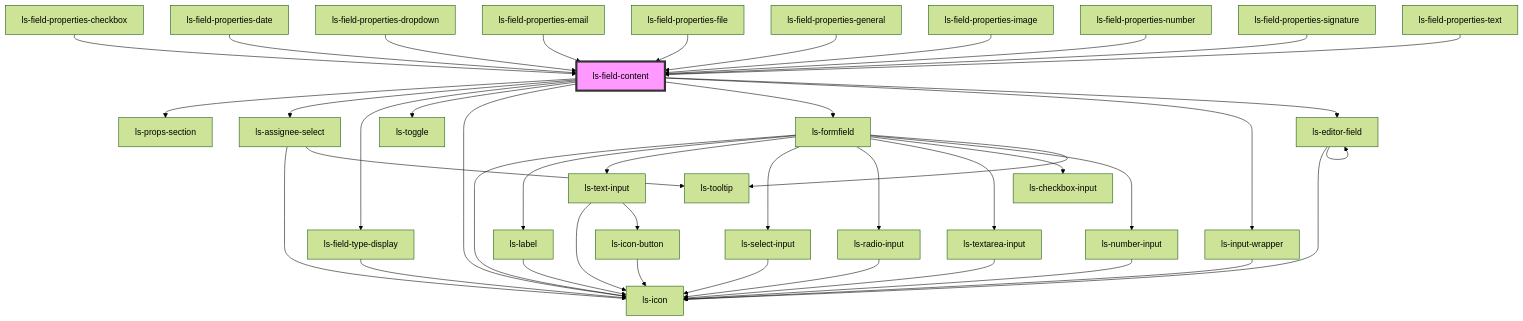
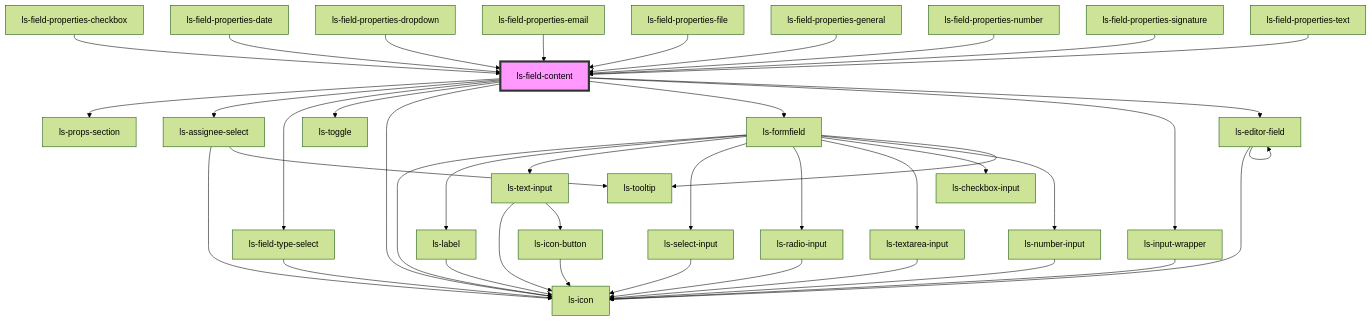
One commit to legalesign/ls-document-viewer changed the diagram in src/components/ls-field-content/readme.md. Above: the diagram before and after it, drawn with Mermaid (forest theme). The commit also changed other lines of this file and 30 other files, not shown here.

First line of the commit message:
Add switch field type

````diff
--- a/src/components/ls-field-content/readme.md
+++ b/src/components/ls-field-content/readme.md
@@ -53,45 +52,44 @@
 ```mermaid
 graph TD;
   ls-field-content --> ls-props-section
   ls-field-content --> ls-assignee-select
-  ls-field-content --> ls-field-type-display
+  ls-field-content --> ls-field-type-select
   ls-field-content --> ls-toggle
   ls-field-content --> ls-icon
   ls-field-content --> ls-formfield
   ls-field-content --> ls-input-wrapper
   ls-field-content --> ls-editor-field
   ls-assignee-select --> ls-icon
   ls-assignee-select --> ls-tooltip
-  ls-field-type-display --> ls-icon
+  ls-field-type-select --> ls-icon
   ls-formfield --> ls-icon
   ls-formfield --> ls-label
   ls-formfield --> ls-text-input
   ls-formfield --> ls-select-input
   ls-formfield --> ls-radio-input
   ls-formfield --> ls-textarea-input
   ls-formfield --> ls-checkbox-input
   ls-formfield --> ls-number-input
   ls-formfield --> ls-tooltip
   ls-label --> ls-icon
   ls-text-input --> ls-icon
   ls-text-input --> ls-icon-button
   ls-icon-button --> ls-icon
   ls-select-input --> ls-icon
   ls-radio-input --> ls-icon
   ls-textarea-input --> ls-icon
   ls-number-input --> ls-icon
   ls-input-wrapper --> ls-icon
   ls-editor-field --> ls-icon
   ls-editor-field --> ls-editor-field
   ls-field-properties-checkbox --> ls-field-content
   ls-field-properties-date --> ls-field-content
   ls-field-properties-dropdown --> ls-field-content
   ls-field-properties-email --> ls-field-content
   ls-field-properties-file --> ls-field-content
   ls-field-properties-general --> ls-field-content
-  ls-field-properties-image --> ls-field-content
   ls-field-properties-number --> ls-field-content
   ls-field-properties-signature --> ls-field-content
   ls-field-properties-text --> ls-field-content
   style ls-field-content fill:#f9f,stroke:#333,stroke-width:4px
 ```
````
